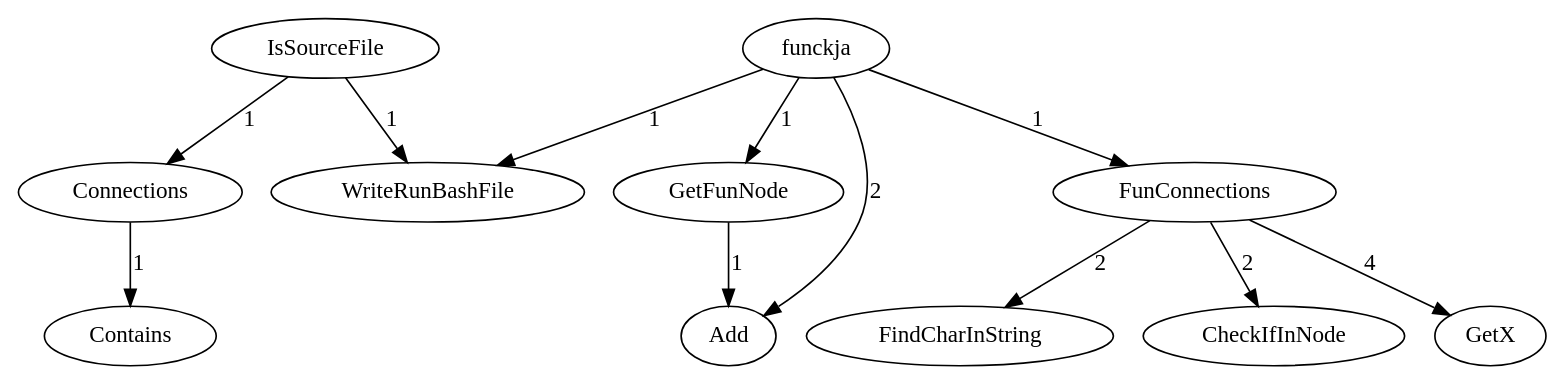
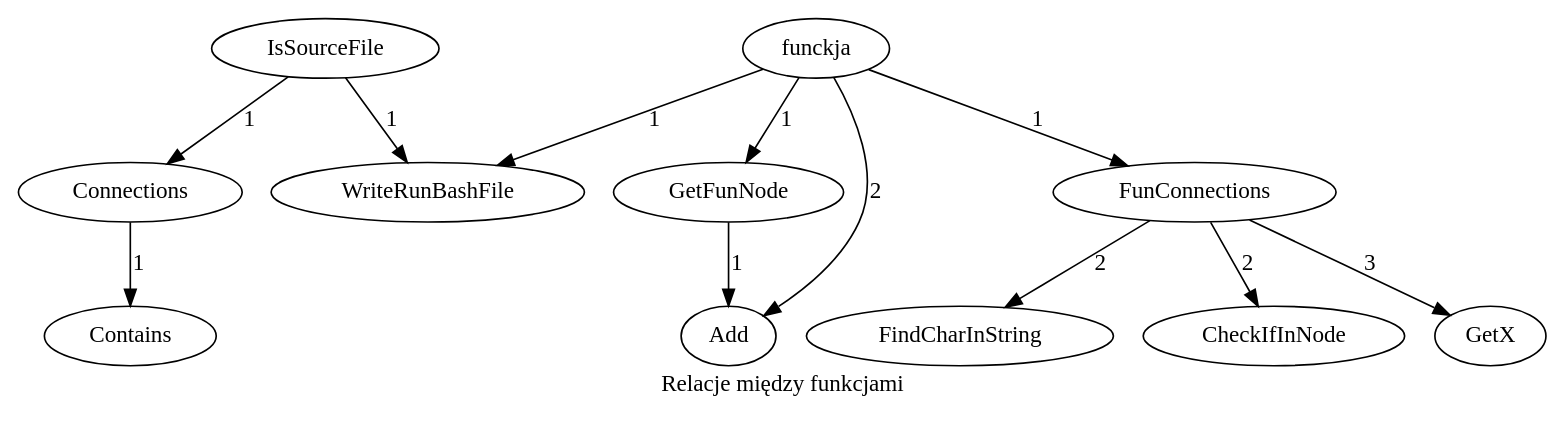
Before and after one commit to Work-In-Progress-Bananna-Knife/A-La-Projet-Un-: the diagram in Data.gv, drawn with Graphviz. The commit also changed 6 other files, not shown here.

```diff
--- a/Data.gv
+++ b/Data.gv
@@ -1,13 +1,13 @@
 digraph foo{
-"Connections" -> "Contains"[label =  "1"]
+label ="Relacje między funkcjami""Connections" -> "Contains"[label =  "1"]
 "IsSourceFile" -> "WriteRunBashFile"[label =  "1"]
 "IsSourceFile" -> "Connections"[label =  "1"]
 "GetFunNode" -> "Add"[label =  "1"]
 "FunConnections" -> "FindCharInString"[label =  "2"]
 "FunConnections" -> "CheckIfInNode"[label =  "2"]
-"FunConnections" -> "GetX"[label =  "4"]
+"FunConnections" -> "GetX"[label =  "3"]
 "funckja" -> "FunConnections"[label =  "1"]
 "funckja" -> "GetFunNode"[label =  "1"]
 "funckja" -> "WriteRunBashFile"[label =  "1"]
 "funckja" -> "Add"[label =  "2"]
 }
```
